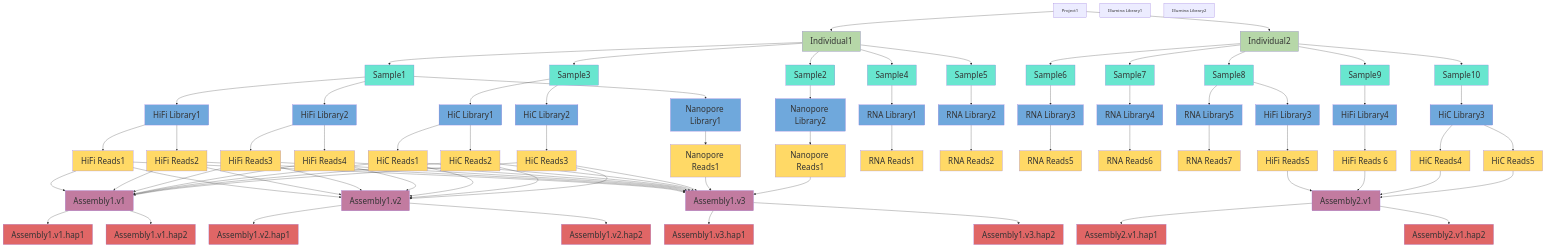
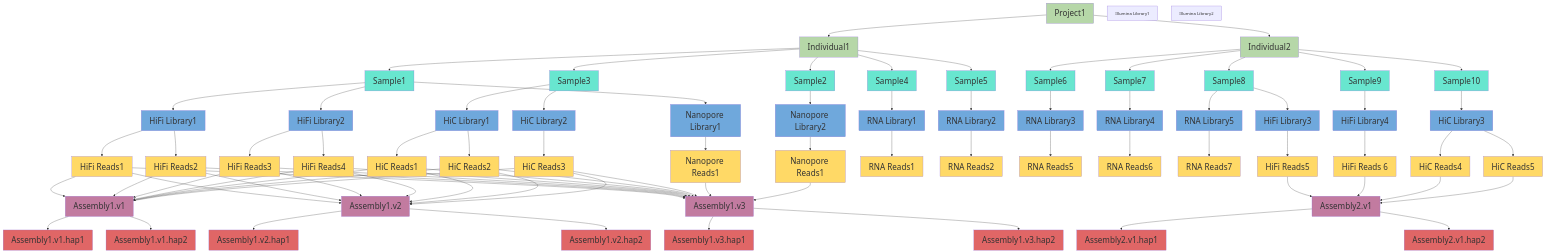
The diagram in ID/IDscheme.md (mahajrod/YggdrasilProtocols), drawn with Mermaid before and after one commit.

````diff
--- a/ID/IDscheme.md
+++ b/ID/IDscheme.md
@@ -1,7 +1,7 @@
 ```mermaid
 
 flowchart TD
-    Project[Project1] --> Individual1[Individual1]:::Individual
+    Project[Project1]:::Project --> Individual1[Individual1]:::Individual
     Project --> Individual2[Individual2]:::Individual
     
     Individual1 --> Sample1[Sample1]:::Sample
@@ -105,6 +105,7 @@
     GenomeAssembly2.v1 --> GenomeAssembly2.v1.hap1[Assembly2.v1.hap1]:::Haplotype
     GenomeAssembly2.v1 --> GenomeAssembly2.v1.hap2[Assembly2.v1.hap2]:::Haplotype
     
+    classDef Project fill:#b6d7a8,font-color:black,font-size:30
     classDef Individual fill:#b6d7a8,font-color:black,font-size:30
     classDef Sample fill:#68E6CF,font-color:black,font-size:30
     classDef Library fill:#6fa8dc,font-color:black,font-size:30
````
